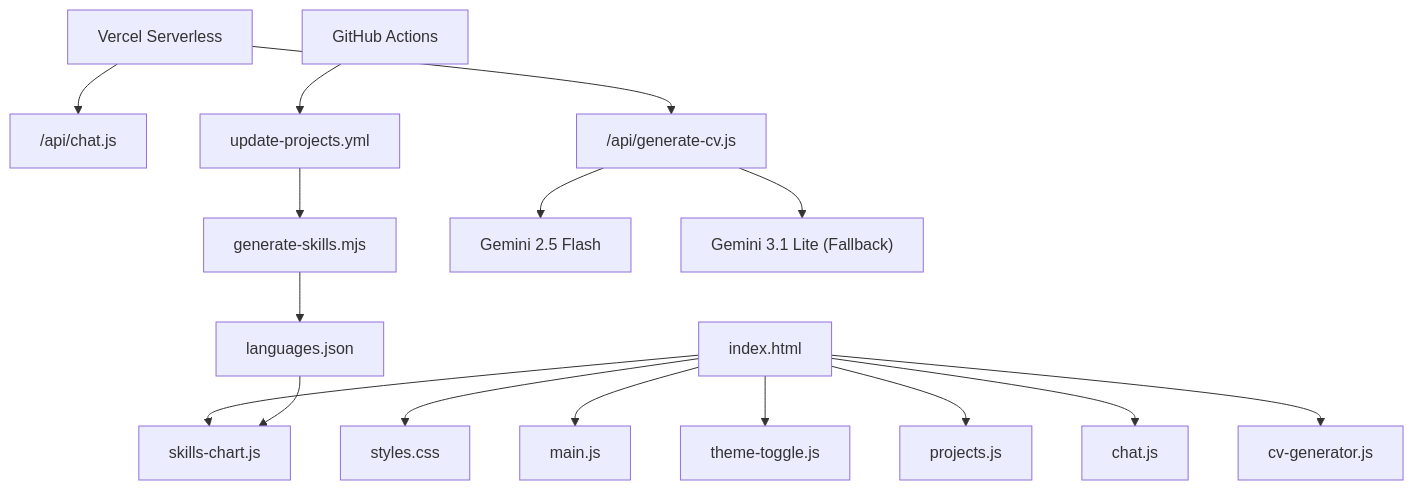
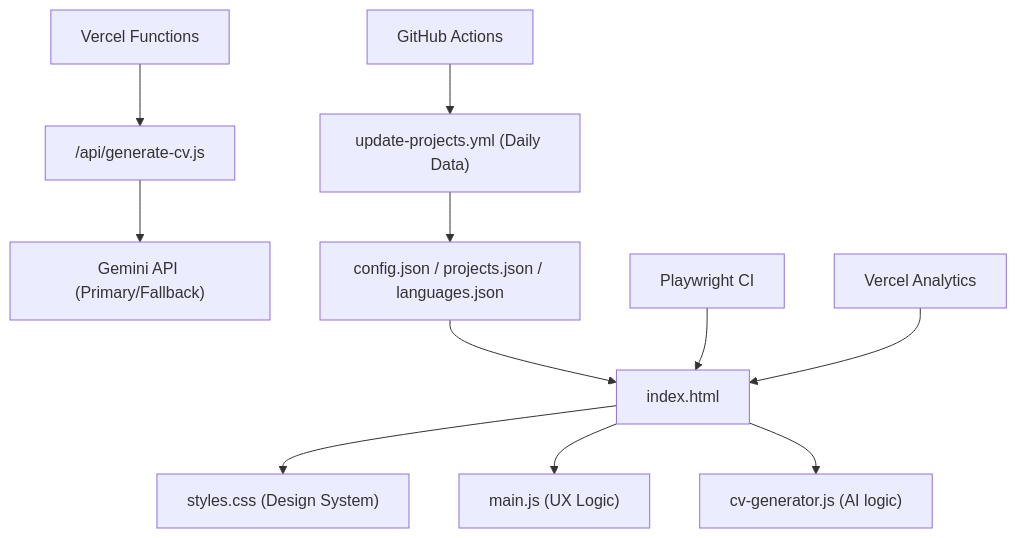
One commit to Jcnok/portfolio changed the diagram in README.md. Above: the diagram before and after it, drawn with Mermaid. The commit also changed other lines of this file, not shown here.

Commit message:
docs: finalize README with Epic 8 achievements and improved architecture documentation

````diff
--- a/README.md
+++ b/README.md
@@ -117,21 +117,16 @@
 ```mermaid
 graph TD;
-    A["index.html"]-->B["styles.css"]
-    A-->C["main.js"]
-    A-->D["theme-toggle.js"]
-    A-->E["projects.js"]
-    A-->F["skills-chart.js"]
-    A-->G["chat.js"]
-    A-->H["cv-generator.js"]
+    A["index.html"]-->B["styles.css (Design System)"]
+    A-->C["main.js (UX Logic)"]
+    A-->H["cv-generator.js (AI logic)"]
 
-    I["Vercel Serverless"]-->J["/api/chat.js"]
-    I-->K["/api/generate-cv.js"]
+    I["Vercel Functions"]-->K["/api/generate-cv.js"]
+    K-->P["Gemini API (Primary/Fallback)"]
 
-    L["GitHub Actions"]-->M["update-projects.yml"]
-    M-->N["generate-skills.mjs"]
-    N-->O["languages.json"]
-    O-->F
+    L["GitHub Actions"]-->M["update-projects.yml (Daily Data)"]
+    M-->O["config.json / projects.json / languages.json"]
+    O-->A
 
-    K-->P["Gemini 2.5 Flash"]
-    K-->Q["Gemini 3.1 Lite (Fallback)"]
+    R["Playwright CI"]-->A
+    S["Vercel Analytics"]-->A
 ```
````
